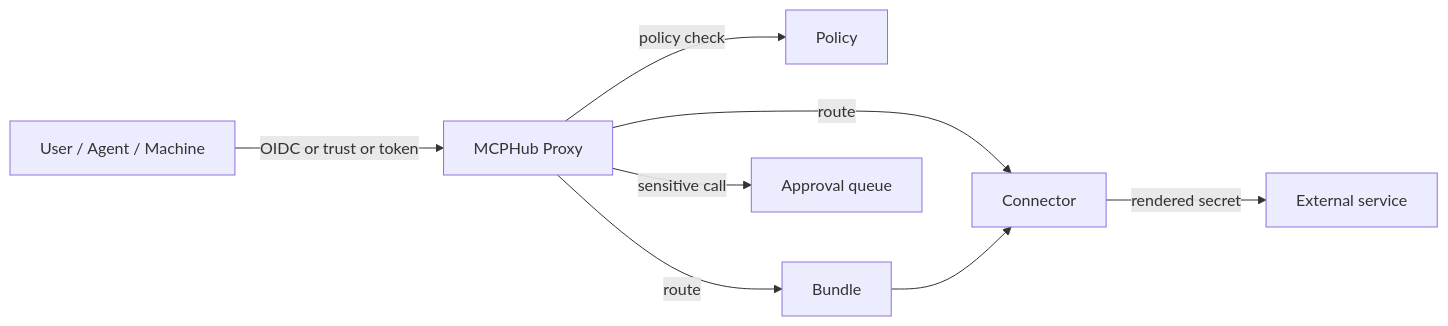
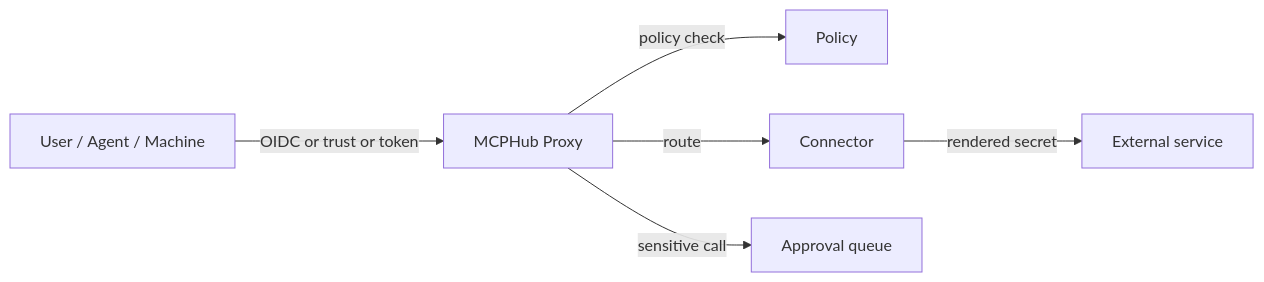
The diagram in docs/02-concepts.md (yurifrl/tennon), drawn with Mermaid before and after one commit. The commit also changed other lines of this file and 23 other files, not shown here.

````diff
--- a/docs/02-concepts.md
+++ b/docs/02-concepts.md
@@ -118,10 +110,8 @@
 ```mermaid
 graph LR
   U[User / Agent / Machine] -->|OIDC or trust or token| P[MCPHub Proxy]
   P -->|policy check| POL[Policy]
   P -->|route| MCP[Connector]
-  P -->|route| B[Bundle]
-  B --> MCP
   MCP -->|rendered secret| EXT[External service]
   P -->|sensitive call| AP[Approval queue]
 ```
````
